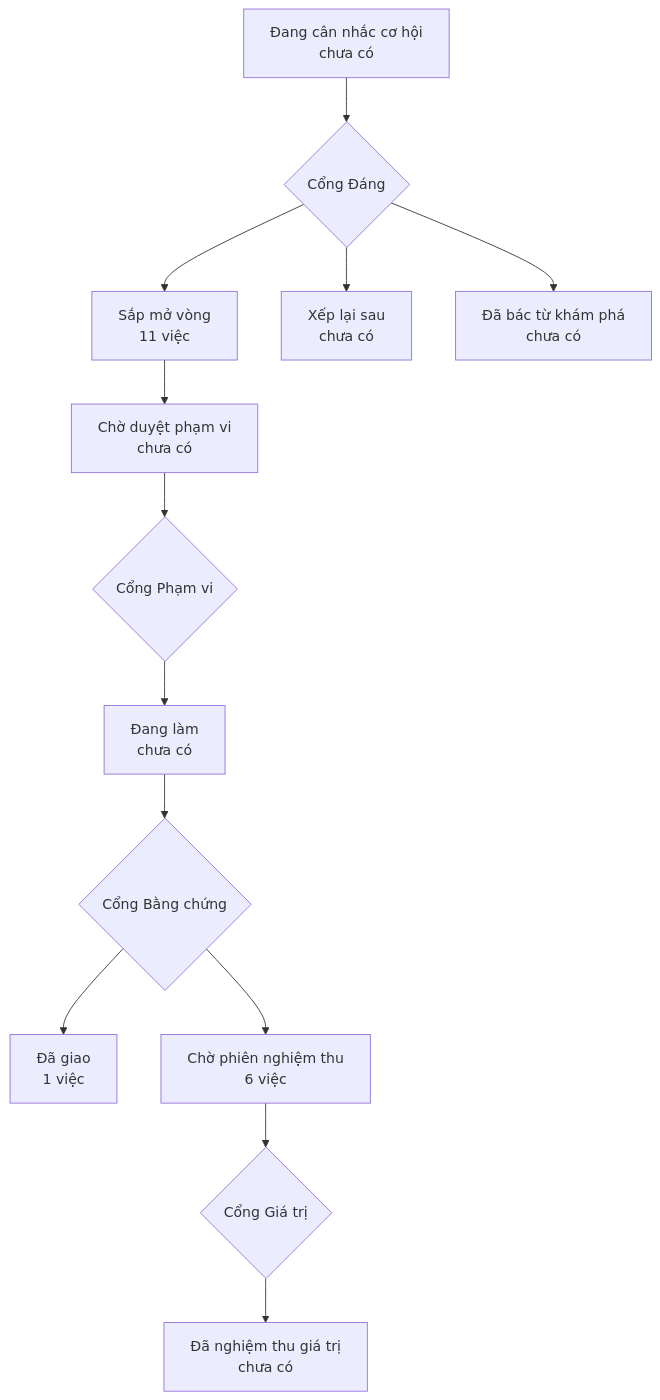
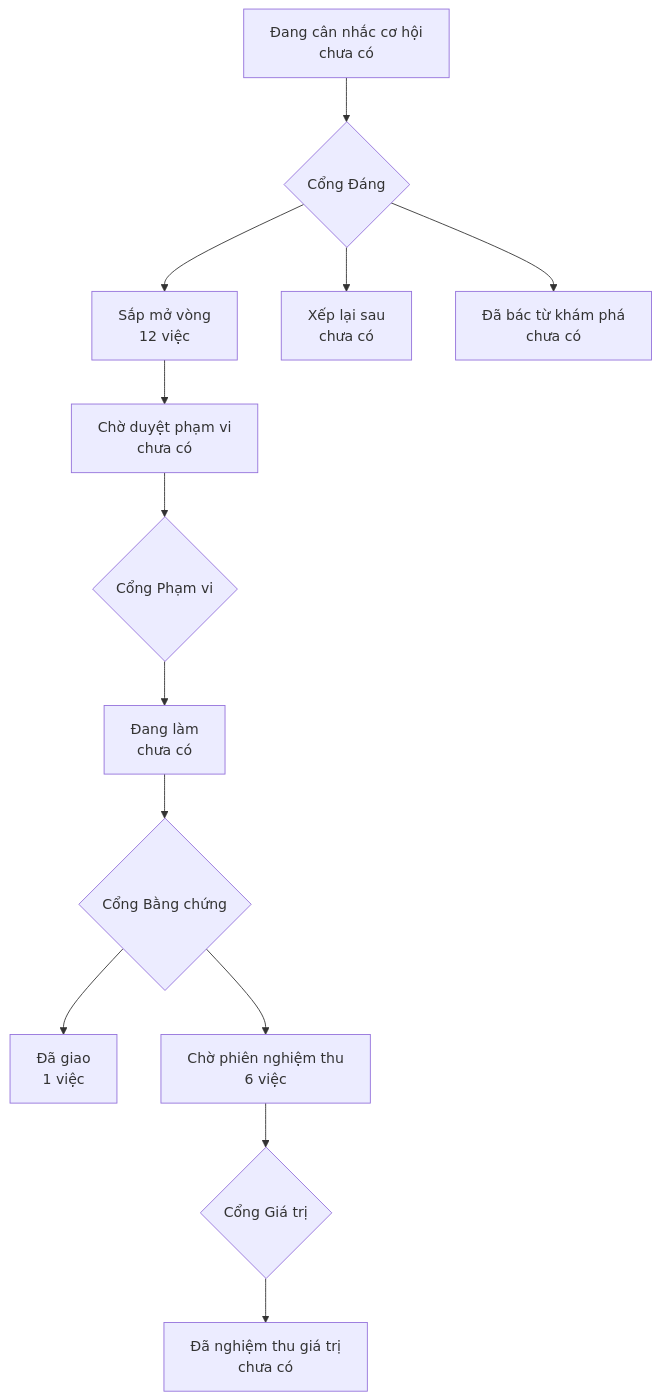
The diagram in PRODUCT-MAP.md (phanlemanh/onehub-inventory), drawn with Mermaid before and after one commit. The commit also changed other lines of this file and 4 other files, not shown here.

First line of the commit message:
docs(plan): add roadmap row 1l spun off at the evidence gate of row 1h

````diff
--- a/PRODUCT-MAP.md
+++ b/PRODUCT-MAP.md
@@ -7,12 +7,12 @@
 ```mermaid
 flowchart TD
   A["Đang cân nhắc cơ hội<br/>chưa có"] --> GD{"Cổng Đáng"}
-  GD --> B["Sắp mở vòng<br/>11 việc"]
+  GD --> B["Sắp mở vòng<br/>12 việc"]
   GD --> XL["Xếp lại sau<br/>chưa có"]
   GD --> DB["Đã bác từ khám phá<br/>chưa có"]
   B --> CD["Chờ duyệt phạm vi<br/>chưa có"] --> GP{"Cổng Phạm vi"}
   GP --> DL["Đang làm<br/>chưa có"] --> GB{"Cổng Bằng chứng"}
   GB --> DG["Đã giao<br/>1 việc"]
   GB --> CN["Chờ phiên nghiệm thu<br/>6 việc"] --> GG{"Cổng Giá trị"}
   GG --> NT["Đã nghiệm thu giá trị<br/>chưa có"]
 ```
````
